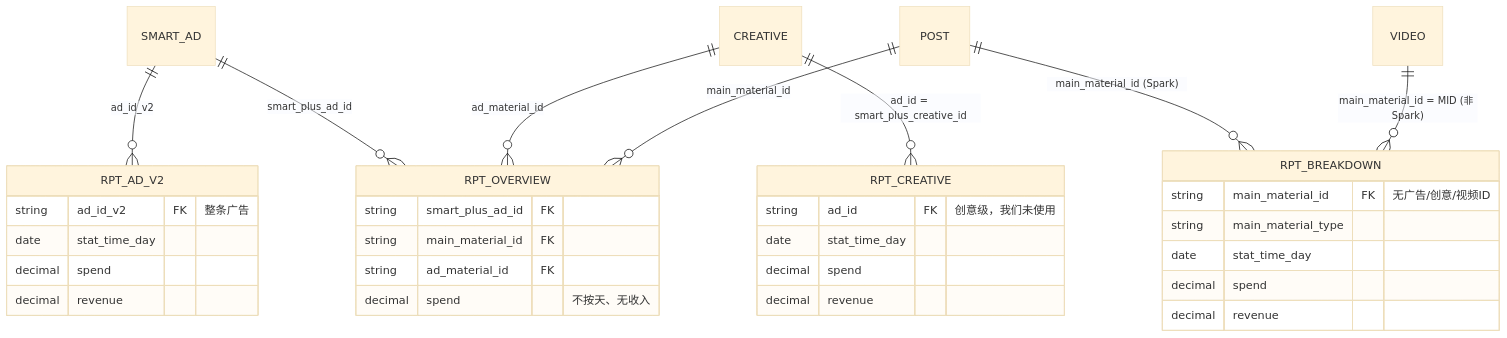
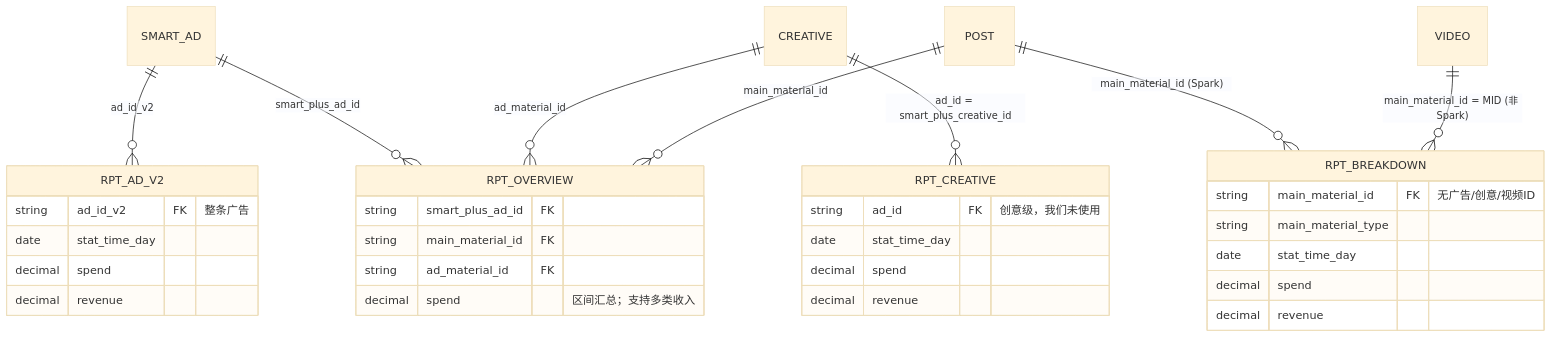
The second of 8 diagrams in docs/validation/2026-11-10-material-id-er.md (yaotingfeng/tiktok-ad-automation), drawn with Mermaid (base theme) before and after one commit. The commit also changed other lines of this file and 10 other files, not shown here.

Commit message:
docs: align material ER with approved creative rebuild

````diff
--- a/docs/validation/2026-11-10-material-id-er.md
+++ b/docs/validation/2026-11-10-material-id-er.md
@@ -55,36 +57,36 @@
 ```mermaid
 erDiagram
     SMART_AD ||--o{ RPT_AD_V2 : "ad_id_v2"
     CREATIVE ||--o{ RPT_CREATIVE : "ad_id = smart_plus_creative_id"
     SMART_AD ||--o{ RPT_OVERVIEW : "smart_plus_ad_id"
     CREATIVE ||--o{ RPT_OVERVIEW : "ad_material_id"
     POST ||--o{ RPT_OVERVIEW : "main_material_id"
     POST ||--o{ RPT_BREAKDOWN : "main_material_id (Spark)"
     VIDEO ||--o{ RPT_BREAKDOWN : "main_material_id = MID (非 Spark)"
 
     RPT_AD_V2 {
         string ad_id_v2 FK "整条广告"
         date stat_time_day
         decimal spend
         decimal revenue
     }
     RPT_CREATIVE {
         string ad_id FK "创意级，我们未使用"
         date stat_time_day
         decimal spend
         decimal revenue
     }
     RPT_OVERVIEW {
         string smart_plus_ad_id FK
         string main_material_id FK
         string ad_material_id FK
-        decimal spend "不按天、无收入"
+        decimal spend "区间汇总；支持多类收入"
     }
     RPT_BREAKDOWN {
         string main_material_id FK "无广告/创意/视频ID"
         string main_material_type
         date stat_time_day
         decimal spend
         decimal revenue
     }
 ```
````
